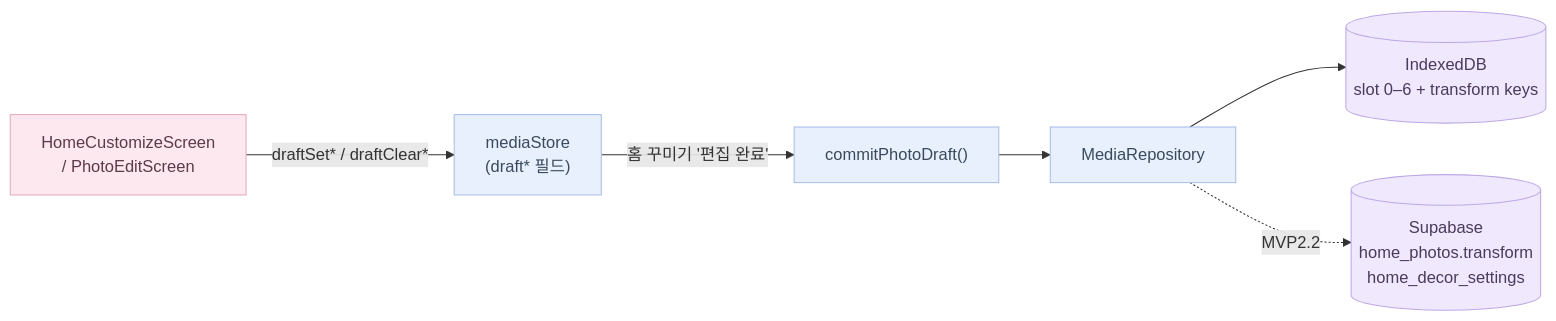
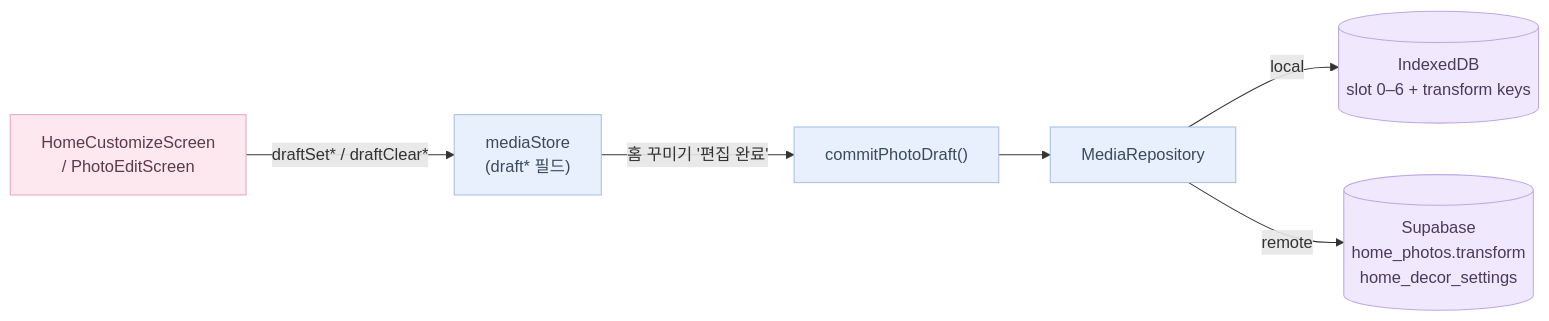
One commit to soojjung/dwee-wellness-tracker changed the sixth of 6 diagrams in docs/flows/customize.md. Above: the diagram before and after it, drawn with Mermaid. The commit also changed 169 other files, not shown here.

````diff
--- a/docs/flows/customize.md
+++ b/docs/flows/customize.md
@@ -159,22 +159,22 @@
 ```mermaid
 flowchart LR
     Screen["HomeCustomizeScreen\n/ PhotoEditScreen"]
     DraftStore["mediaStore\n(draft* 필드)"]
     Commit["commitPhotoDraft()"]
     Repo["MediaRepository"]
     IDB[("IndexedDB\nslot 0–6 + transform keys")]
     SB[("Supabase\nhome_photos.transform\nhome_decor_settings")]
 
     Screen -->|"draftSet* / draftClear*"| DraftStore
     DraftStore -->|"홈 꾸미기 '편집 완료'"| Commit
     Commit --> Repo
-    Repo --> IDB
-    Repo -.->|"MVP2.2"| SB
+    Repo -->|"local"| IDB
+    Repo -->|"remote"| SB
 
     classDef ui fill:#FDE8EF,stroke:#E5A8BD,color:#5C3A4A;
     classDef logic fill:#E8F0FD,stroke:#A8BDE5,color:#3A4A5C;
     classDef db fill:#F0E8FD,stroke:#BDA8E5,color:#4A3A5C;
     class Screen ui;
     class DraftStore,Commit,Repo logic;
     class IDB,SB db;
 ```
````
